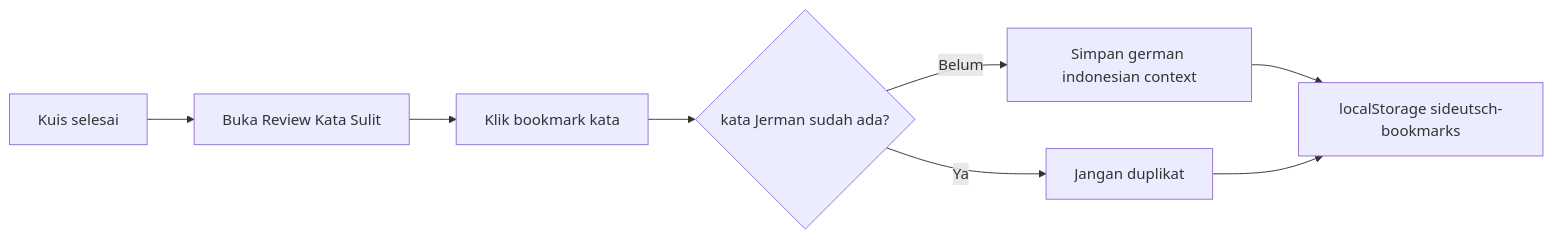
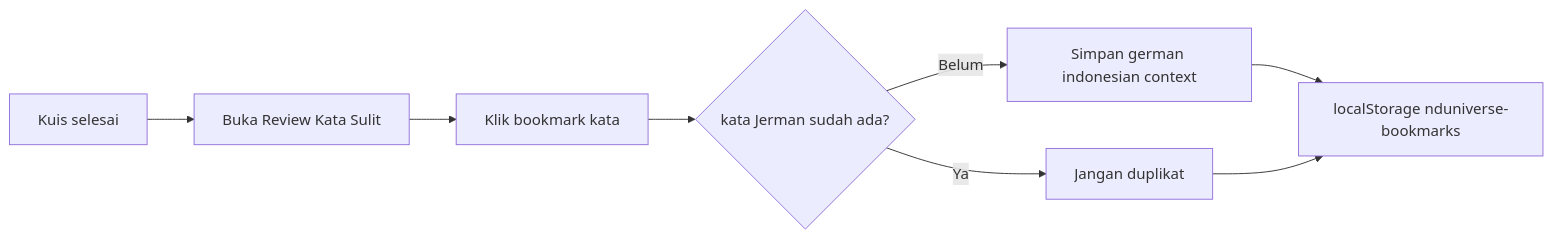
One commit to nandayudhistirawibowo/NdUniverse changed the tenth of 11 diagrams in FLOWCHART.md. Above: the diagram before and after it, drawn with Mermaid. The commit also changed other lines of this file and 6 other files, not shown here.

Commit message:
Docs: Bersih-bersih dokumentasi (hapus Handover lama, update PRD, FLOWCHART, TESTING, PLAN, & SQL)

````diff
--- a/FLOWCHART.md
+++ b/FLOWCHART.md
@@ -205,10 +205,10 @@
 ```mermaid
 flowchart LR
     A[Kuis selesai] --> B[Buka Review Kata Sulit]
     B --> C[Klik bookmark kata]
     C --> D{kata Jerman sudah ada?}
     D -->|Ya| E[Jangan duplikat]
     D -->|Belum| F[Simpan german indonesian context]
-    F --> G[localStorage sideutsch-bookmarks]
+    F --> G[localStorage nduniverse-bookmarks]
     E --> G
 ```
````
